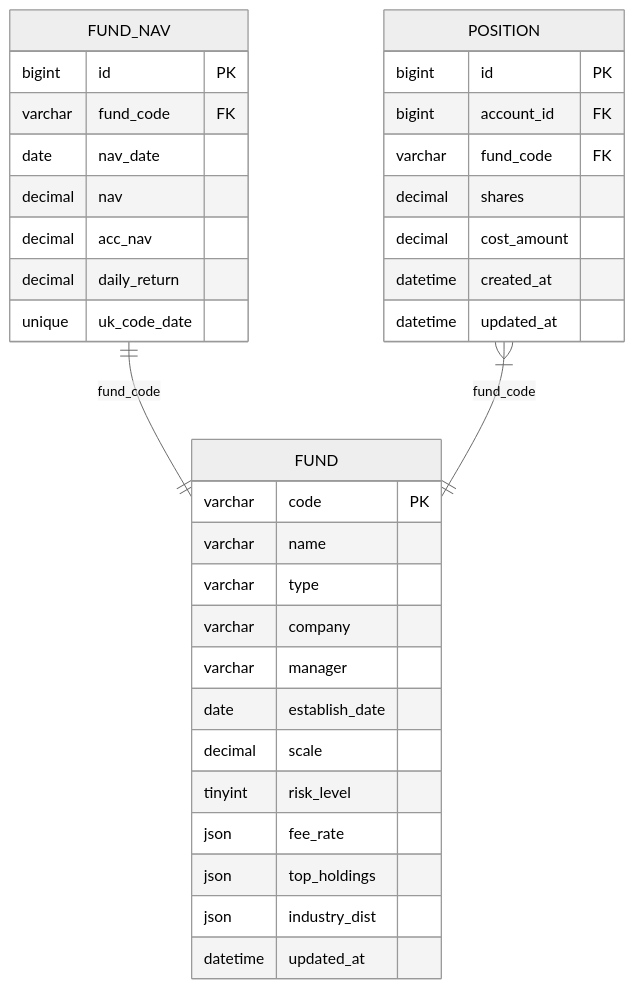
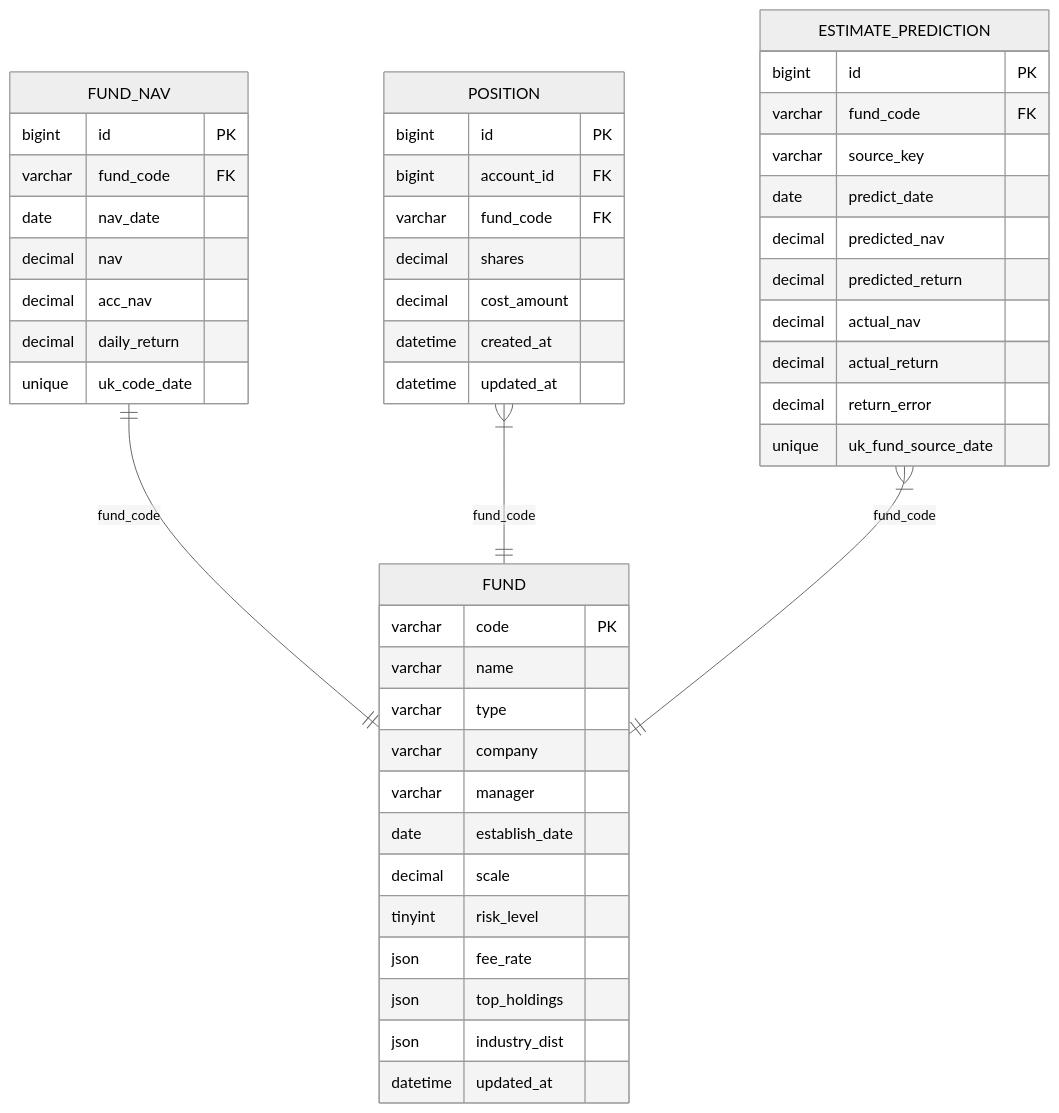
Before and after one commit to gree-coder/fund-butler: diagram 13 of 13 in .qoder/repowiki/zh/content/Fund Detail Enhancement.md, drawn with Mermaid (neutral theme). The commit also changed other lines of this file and 16 other files, not shown here.

````diff
--- a/.qoder/repowiki/zh/content/Fund Detail Enhancement.md
+++ b/.qoder/repowiki/zh/content/Fund Detail Enhancement.md
@@ -600,37 +728,50 @@
 ```mermaid
 erDiagram
 FUND {
 varchar code PK
 varchar name
 varchar type
 varchar company
 varchar manager
 date establish_date
 decimal scale
 tinyint risk_level
 json fee_rate
 json top_holdings
 json industry_dist
 datetime updated_at
 }
 FUND_NAV {
 bigint id PK
 varchar fund_code FK
 date nav_date
 decimal nav
 decimal acc_nav
 decimal daily_return
 unique uk_code_date
 }
 POSITION {
 bigint id PK
 bigint account_id FK
 varchar fund_code FK
 decimal shares
 decimal cost_amount
 datetime created_at
 datetime updated_at
 }
+ESTIMATE_PREDICTION {
+bigint id PK
+varchar fund_code FK
+varchar source_key
+date predict_date
+decimal predicted_nav
+decimal predicted_return
+decimal actual_nav
+decimal actual_return
+decimal return_error
+unique uk_fund_source_date
+}
 FUND_NAV ||--|| FUND : "fund_code"
 POSITION }|--|| FUND : "fund_code"
+ESTIMATE_PREDICTION }|--|| FUND : "fund_code"
 ```
````
